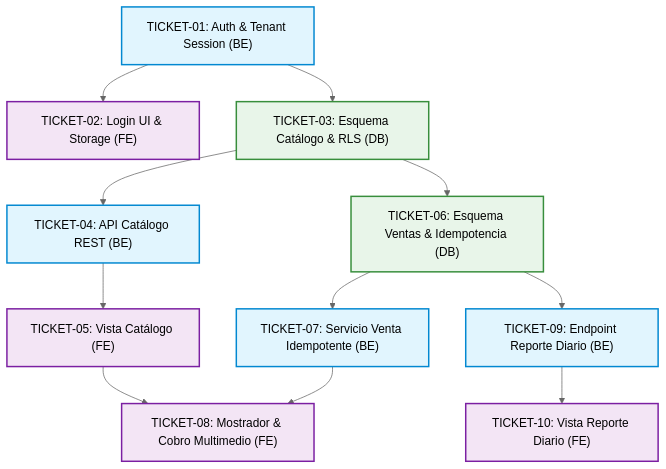
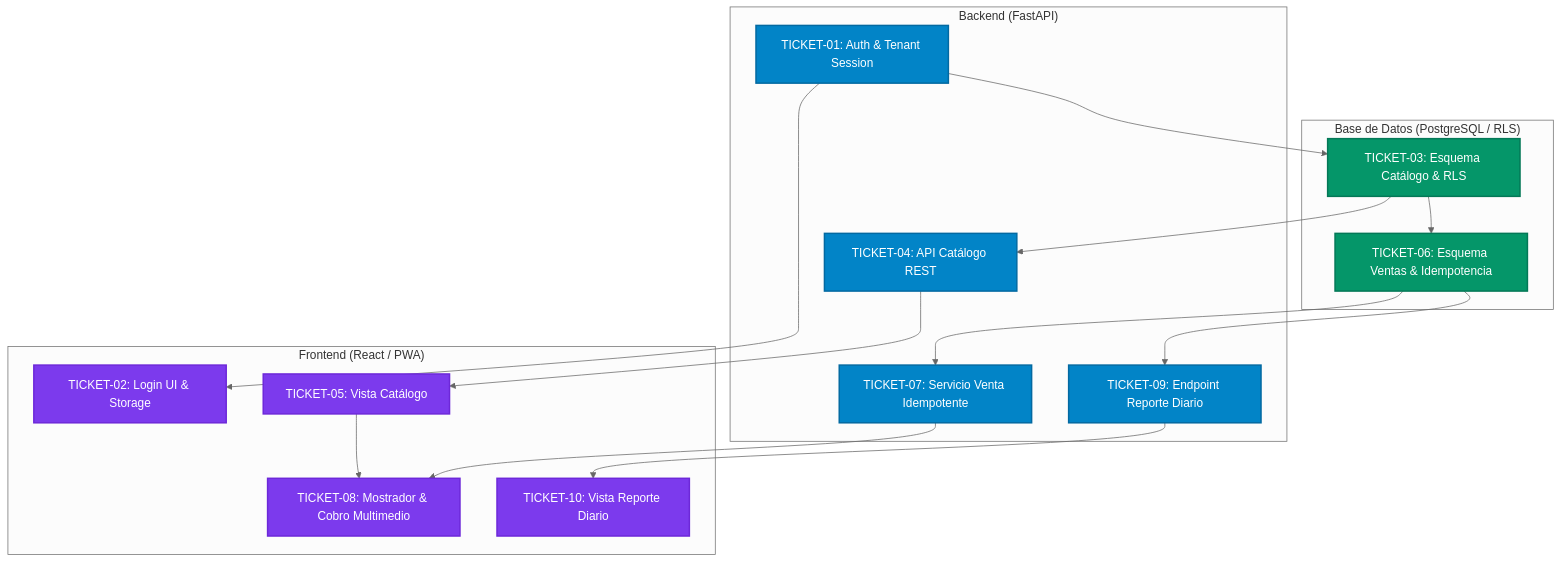
Before and after one commit to ninargue/registro-venta-micro: the diagram in docs/backlog/backlog-priorizado.md, drawn with Mermaid (neutral theme).

Commit message:
style: mejora contraste y legibilidad del grafo de dependencias Mermaid

````diff
--- a/docs/backlog/backlog-priorizado.md
+++ b/docs/backlog/backlog-priorizado.md
@@ -11,28 +11,36 @@
 ```mermaid
 graph TD
-    classDef be fill:#e1f5fe,stroke:#0288d1,stroke-width:2px;
-    classDef fe fill:#f3e5f5,stroke:#7b1fa2,stroke-width:2px;
-    classDef db fill:#e8f5e9,stroke:#388e3c,stroke-width:2px;
+    classDef be fill:#0284c7,stroke:#0369a1,stroke-width:2px,color:#ffffff;
+    classDef fe fill:#7c3aed,stroke:#6d28d9,stroke-width:2px,color:#ffffff;
+    classDef db fill:#059669,stroke:#047857,stroke-width:2px,color:#ffffff;
 
-    T01["TICKET-01: Auth & Tenant Session (BE)"]:::be
-    T02["TICKET-02: Login UI & Storage (FE)"]:::fe
-    T03["TICKET-03: Esquema Catálogo & RLS (DB)"]:::db
-    T04["TICKET-04: API Catálogo REST (BE)"]:::be
-    T05["TICKET-05: Vista Catálogo (FE)"]:::fe
-    T06["TICKET-06: Esquema Ventas & Idempotencia (DB)"]:::db
-    T07["TICKET-07: Servicio Venta Idempotente (BE)"]:::be
-    T08["TICKET-08: Mostrador & Cobro Multimedio (FE)"]:::fe
-    T09["TICKET-09: Endpoint Reporte Diario (BE)"]:::be
-    T10["TICKET-10: Vista Reporte Diario (FE)"]:::fe
+    subgraph BE ["Backend (FastAPI)"]
+        T01["TICKET-01: Auth & Tenant Session"]:::be
+        T04["TICKET-04: API Catálogo REST"]:::be
+        T07["TICKET-07: Servicio Venta Idempotente"]:::be
+        T09["TICKET-09: Endpoint Reporte Diario"]:::be
+    end
+
+    subgraph DB ["Base de Datos (PostgreSQL / RLS)"]
+        T03["TICKET-03: Esquema Catálogo & RLS"]:::db
+        T06["TICKET-06: Esquema Ventas & Idempotencia"]:::db
+    end
+
+    subgraph FE ["Frontend (React / PWA)"]
+        T02["TICKET-02: Login UI & Storage"]:::fe
+        T05["TICKET-05: Vista Catálogo"]:::fe
+        T08["TICKET-08: Mostrador & Cobro Multimedio"]:::fe
+        T10["TICKET-10: Vista Reporte Diario"]:::fe
+    end
 
     T01 --> T02
     T01 --> T03
     T03 --> T04
     T04 --> T05
     T03 --> T06
     T06 --> T07
     T05 --> T08
     T07 --> T08
     T06 --> T09
     T09 --> T10
 ```
````
